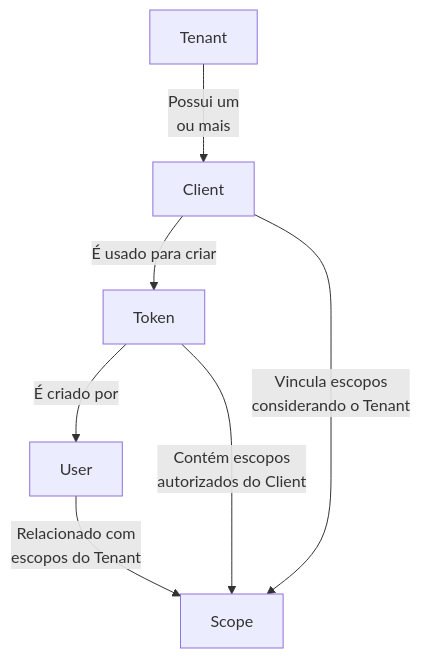
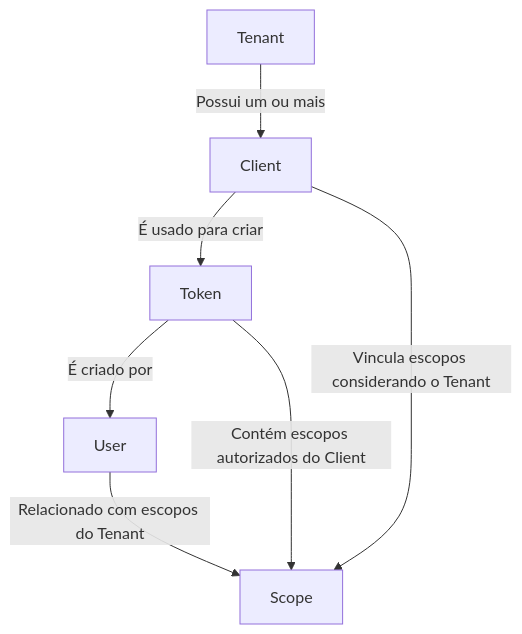
One commit to JotJunior/hf-shield changed the first of 2 diagrams in README.md. Above: the diagram before and after it, drawn with Mermaid. The commit also changed other lines of this file, not shown here.

Commit message:
Removing breaklines from mermaid charts

````diff
--- a/README.md
+++ b/README.md
@@ -155,15 +155,15 @@
 ```mermaid
 flowchart TD
     tenant[Tenant]
     client[Client]
     user[User]
     token[Token]
     scope[Scope]
 %% Relações hierárquicas revisadas:
-    tenant -->|Possui um \n ou mais| client
+    tenant -->|Possui um ou mais| client
     client -->|É usado para criar| token
     token -->|É criado por| user
-    token -->|Contém escopos \n autorizados do Client| scope
-    client -->|Vincula escopos \n considerando o Tenant| scope
-    user -->|Relacionado com \n escopos do Tenant| scope
+    token -->|Contém escopos autorizados do Client| scope
+    client -->|Vincula escopos considerando o Tenant| scope
+    user -->|Relacionado com escopos do Tenant| scope
 ```
````
